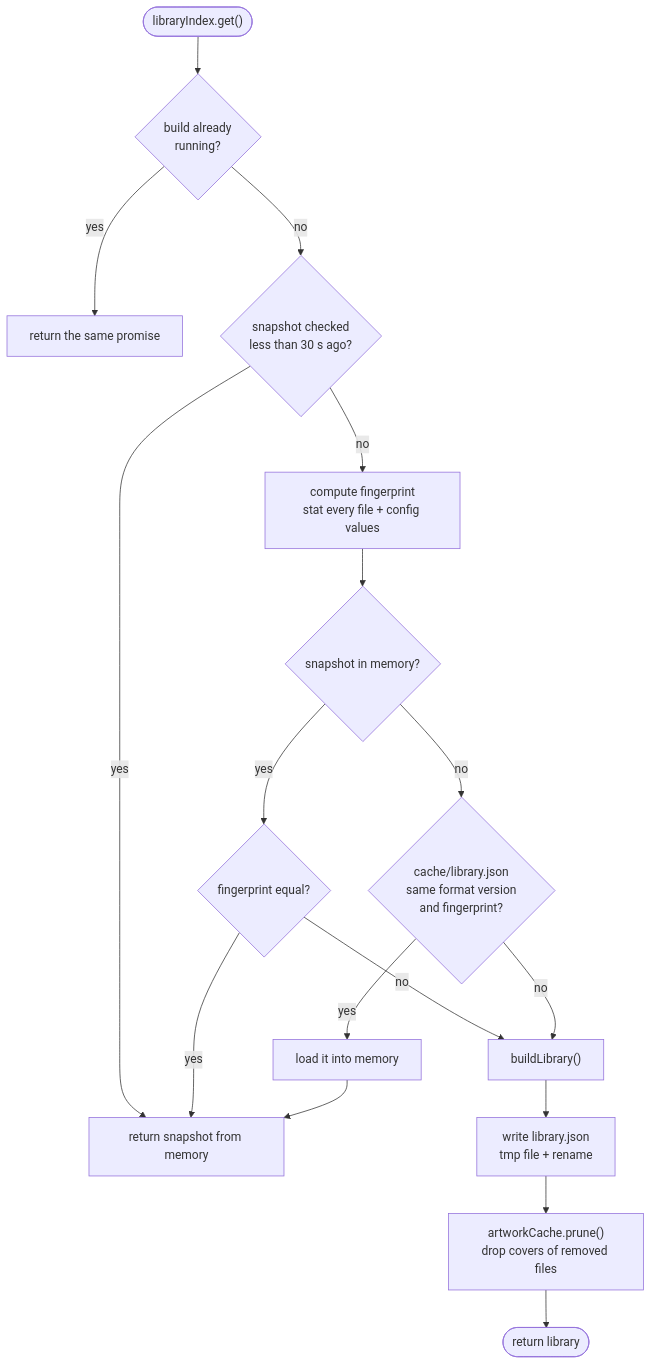
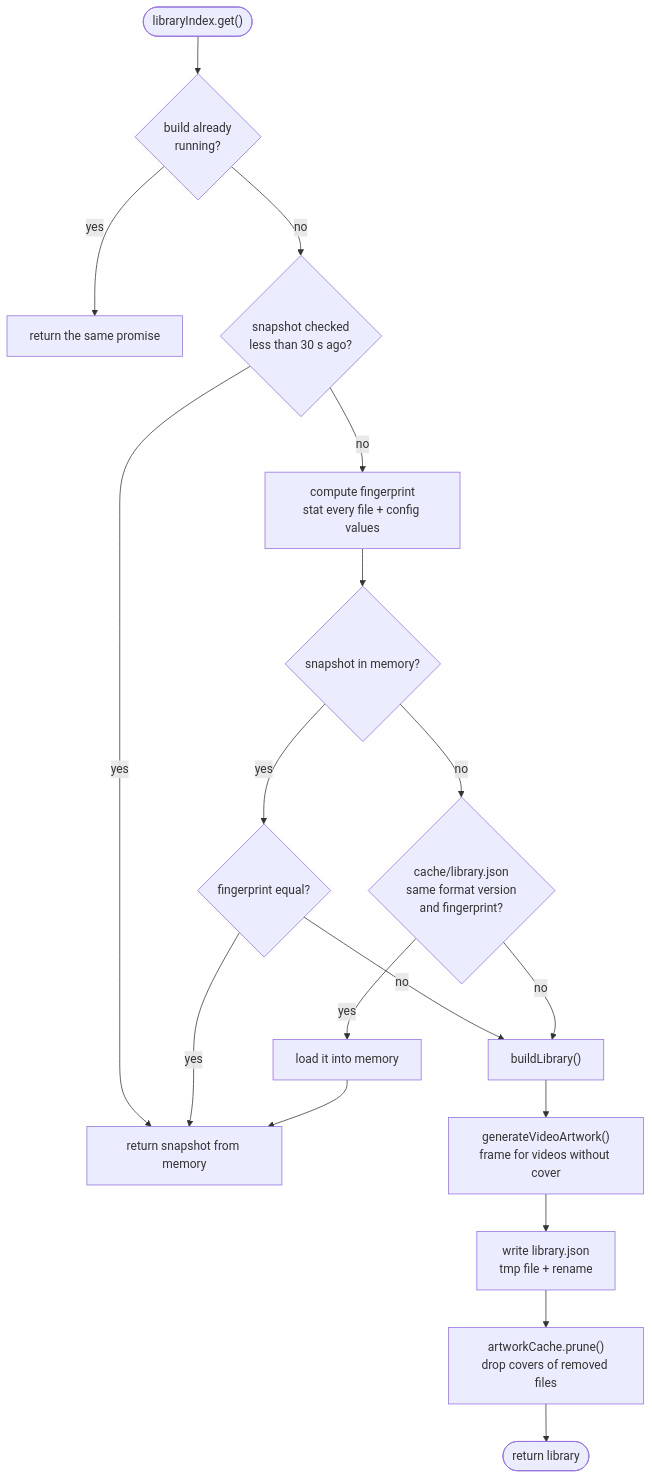
The fourth of 7 diagrams in docs/developer/server.md (lumbar-spine-support/docker-haptic-player), drawn with Mermaid before and after one commit. The commit also changed other lines of this file and 13 other files, not shown here.

Commit message:
feat: artwork now automatically generated for videos if not available as metadata (album cover)

````diff
--- a/docs/developer/server.md
+++ b/docs/developer/server.md
@@ -93,18 +93,19 @@
 ```mermaid
 flowchart TD
   Get(["libraryIndex.get()"]) --> Inflight{"build already<br/>running?"}
   Inflight -- yes --> Share["return the same promise"]
   Inflight -- no --> Fresh{"snapshot checked<br/>less than 30 s ago?"}
   Fresh -- yes --> Mem["return snapshot from memory"]
   Fresh -- no --> FP["compute fingerprint<br/>stat every file + config values"]
   FP --> HasSnap{"snapshot in memory?"}
   HasSnap -- yes --> Same{"fingerprint equal?"}
   Same -- yes --> Mem
   Same -- no --> Build
   HasSnap -- no --> Disk{"cache/library.json<br/>same format version<br/>and fingerprint?"}
   Disk -- yes --> Restore["load it into memory"] --> Mem
   Disk -- no --> Build["buildLibrary()"]
-  Build --> Save["write library.json<br/>tmp file + rename"]
+  Build --> Gen["generateVideoArtwork()<br/>frame for videos without cover"]
+  Gen --> Save["write library.json<br/>tmp file + rename"]
   Save --> Prune["artworkCache.prune()<br/>drop covers of removed files"]
   Prune --> Done(["return library"])
 ```
````
